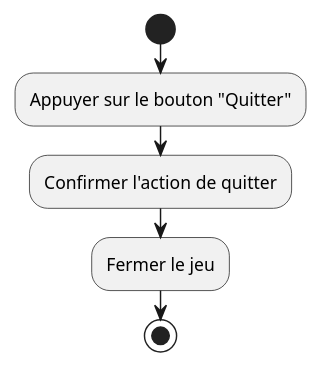
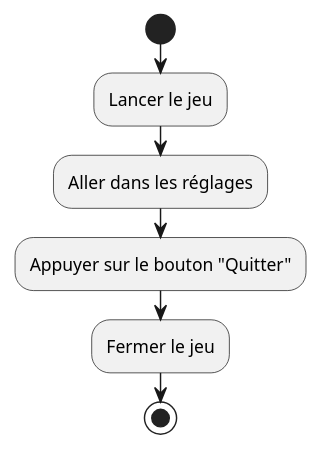
One commit to LosVerinos/Crossy-Road changed the diagram in Diagram/ActivityDiagram/quitGame.puml. Above: the diagram before and after it, drawn with PlantUML. The commit also changed 13 other files, not shown here.

Commit message:
première modif sur les diagrammes d'activités

```diff
--- a/Diagram/ActivityDiagram/quitGame.puml
+++ b/Diagram/ActivityDiagram/quitGame.puml
@@ -1,7 +1,8 @@
 @startuml
 start
+:Lancer le jeu;
+:Aller dans les réglages;
 :Appuyer sur le bouton "Quitter";
-:Confirmer l'action de quitter;
 :Fermer le jeu;
 stop
 @enduml
```
